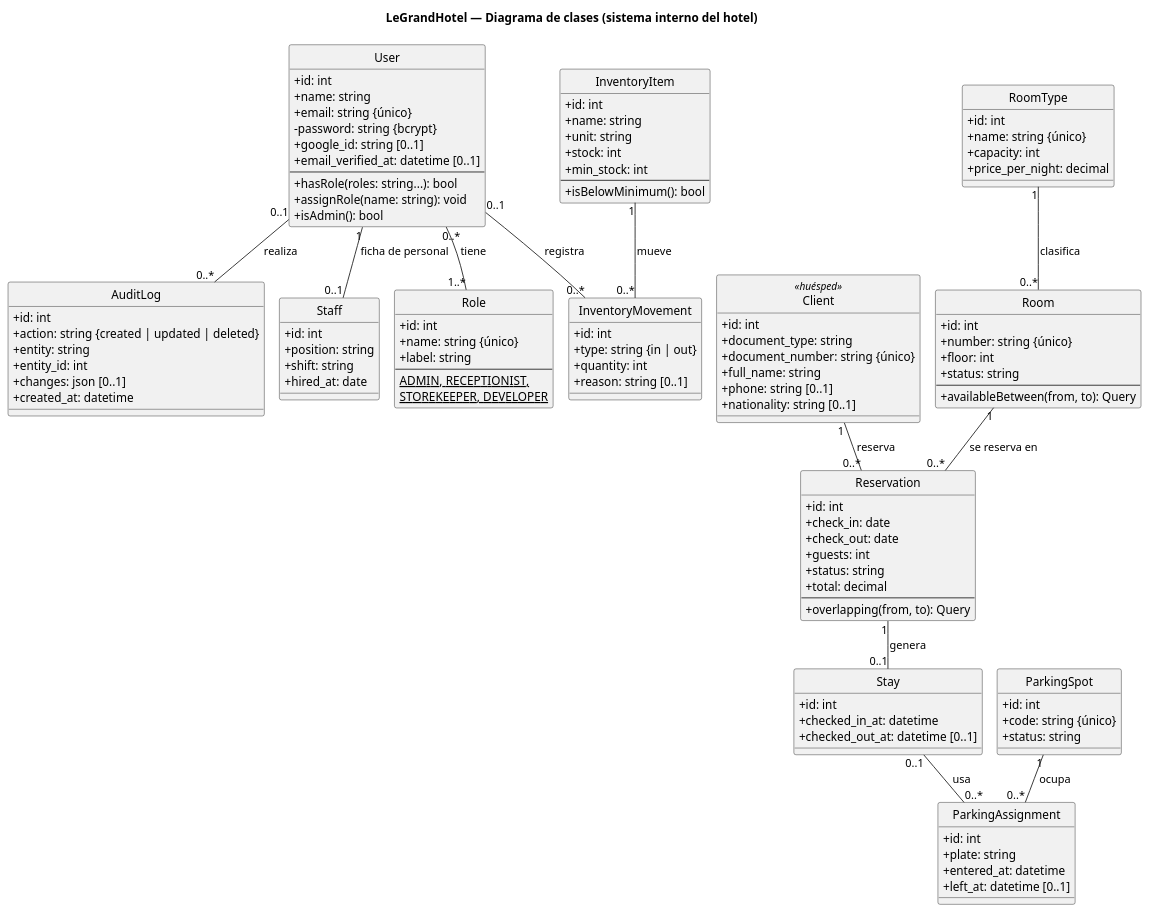
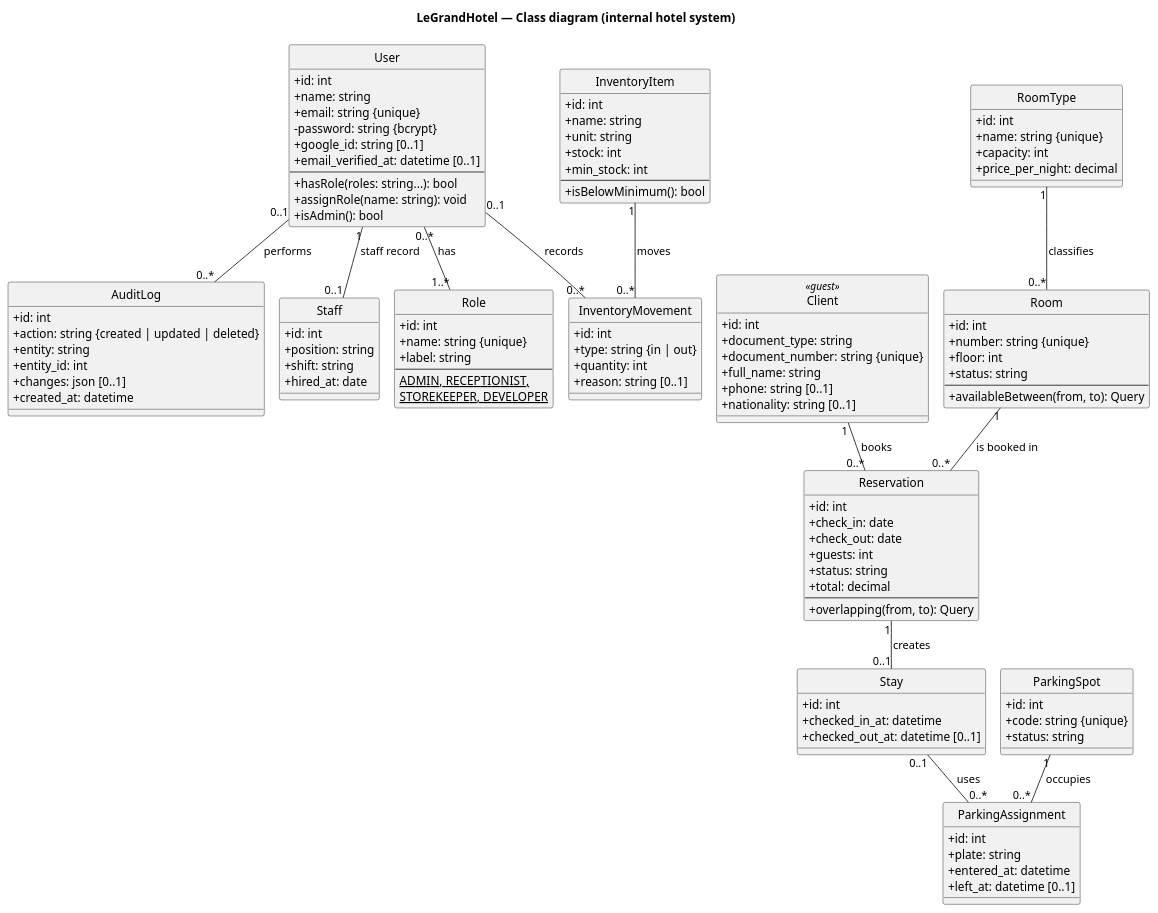
The diagram in docs/diagramas/uml-clases.puml (Josephml23/LeGrandHotel), drawn with PlantUML before and after one commit. The commit also changed 5 other files, not shown here.

Commit message:
Informe 25%: diagrama UML en inglés como diagrama de base de datos (8.1)

```diff
--- a/docs/diagramas/uml-clases.puml
+++ b/docs/diagramas/uml-clases.puml
@@ -1,137 +1,137 @@
 @startuml LeGrandHotel
-' Diagrama de clases UML del dominio de LeGrandHotel (modelos de Laravel en api/app/Models).
-' Ábrelo en https://www.plantuml.com/plantuml o con la extensión PlantUML de VS Code.
-' role_user es la tabla intermedia de la asociación muchos a muchos User — Role.
+' UML class diagram of the LeGrandHotel domain (Laravel models in api/app/Models).
+' Open it at https://www.plantuml.com/plantuml or with the PlantUML extension for VS Code.
+' role_user is the join table of the many-to-many association User — Role.
 
 !pragma layout smetana
 skinparam monochrome true
 skinparam shadowing false
 skinparam classAttributeIconSize 0
 skinparam defaultFontName Arial
 hide circle
 
-title LeGrandHotel — Diagrama de clases (sistema interno del hotel)
+title LeGrandHotel — Class diagram (internal hotel system)
 
 class User {
   + id: int
   + name: string
-  + email: string {único}
+  + email: string {unique}
   - password: string {bcrypt}
   + google_id: string [0..1]
   + email_verified_at: datetime [0..1]
   --
   + hasRole(roles: string...): bool
   + assignRole(name: string): void
   + isAdmin(): bool
 }
 
 class Role {
   + id: int
-  + name: string {único}
+  + name: string {unique}
   + label: string
   --
   {static} ADMIN, RECEPTIONIST,
   {static} STOREKEEPER, DEVELOPER
 }
 
 class Staff {
   + id: int
   + position: string
   + shift: string
   + hired_at: date
 }
 
-class Client <<huésped>> {
+class Client <<guest>> {
   + id: int
   + document_type: string
-  + document_number: string {único}
+  + document_number: string {unique}
   + full_name: string
   + phone: string [0..1]
   + nationality: string [0..1]
 }
 
 class RoomType {
   + id: int
-  + name: string {único}
+  + name: string {unique}
   + capacity: int
   + price_per_night: decimal
 }
 
 class Room {
   + id: int
-  + number: string {único}
+  + number: string {unique}
   + floor: int
   + status: string
   --
   + availableBetween(from, to): Query
 }
 
 class Reservation {
   + id: int
   + check_in: date
   + check_out: date
   + guests: int
   + status: string
   + total: decimal
   --
   + overlapping(from, to): Query
 }
 
 class Stay {
   + id: int
   + checked_in_at: datetime
   + checked_out_at: datetime [0..1]
 }
 
 class ParkingSpot {
   + id: int
-  + code: string {único}
+  + code: string {unique}
   + status: string
 }
 
 class ParkingAssignment {
   + id: int
   + plate: string
   + entered_at: datetime
   + left_at: datetime [0..1]
 }
 
 class InventoryItem {
   + id: int
   + name: string
   + unit: string
   + stock: int
   + min_stock: int
   --
   + isBelowMinimum(): bool
 }
 
 class InventoryMovement {
   + id: int
   + type: string {in | out}
   + quantity: int
   + reason: string [0..1]
 }
 
 class AuditLog {
   + id: int
   + action: string {created | updated | deleted}
   + entity: string
   + entity_id: int
   + changes: json [0..1]
   + created_at: datetime
 }
 
-User "0..*" -- "1..*" Role : tiene >
-User "1" -- "0..1" Staff : ficha de personal >
-User "0..1" -- "0..*" AuditLog : realiza >
-User "0..1" -- "0..*" InventoryMovement : registra >
-Client "1" -- "0..*" Reservation : reserva >
-RoomType "1" -- "0..*" Room : clasifica >
-Room "1" -- "0..*" Reservation : se reserva en >
-Reservation "1" -- "0..1" Stay : genera >
-Stay "0..1" -- "0..*" ParkingAssignment : usa >
-ParkingSpot "1" -- "0..*" ParkingAssignment : ocupa >
-InventoryItem "1" -- "0..*" InventoryMovement : mueve >
+User "0..*" -- "1..*" Role : has >
+User "1" -- "0..1" Staff : staff record >
+User "0..1" -- "0..*" AuditLog : performs >
+User "0..1" -- "0..*" InventoryMovement : records >
+Client "1" -- "0..*" Reservation : books >
+RoomType "1" -- "0..*" Room : classifies >
+Room "1" -- "0..*" Reservation : is booked in >
+Reservation "1" -- "0..1" Stay : creates >
+Stay "0..1" -- "0..*" ParkingAssignment : uses >
+ParkingSpot "1" -- "0..*" ParkingAssignment : occupies >
+InventoryItem "1" -- "0..*" InventoryMovement : moves >
 
 @enduml
```
